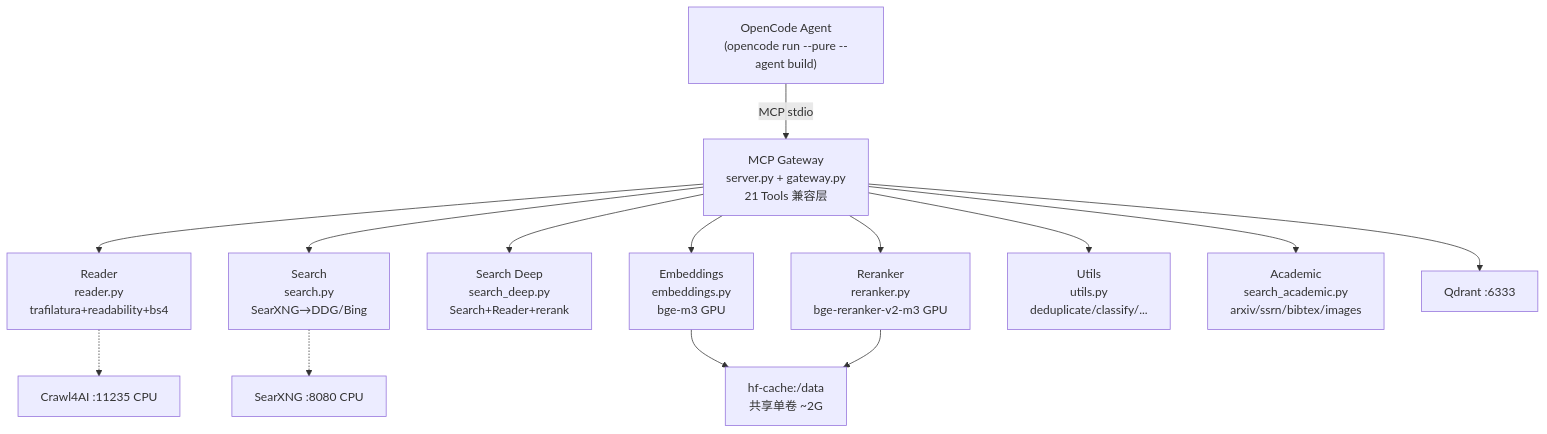
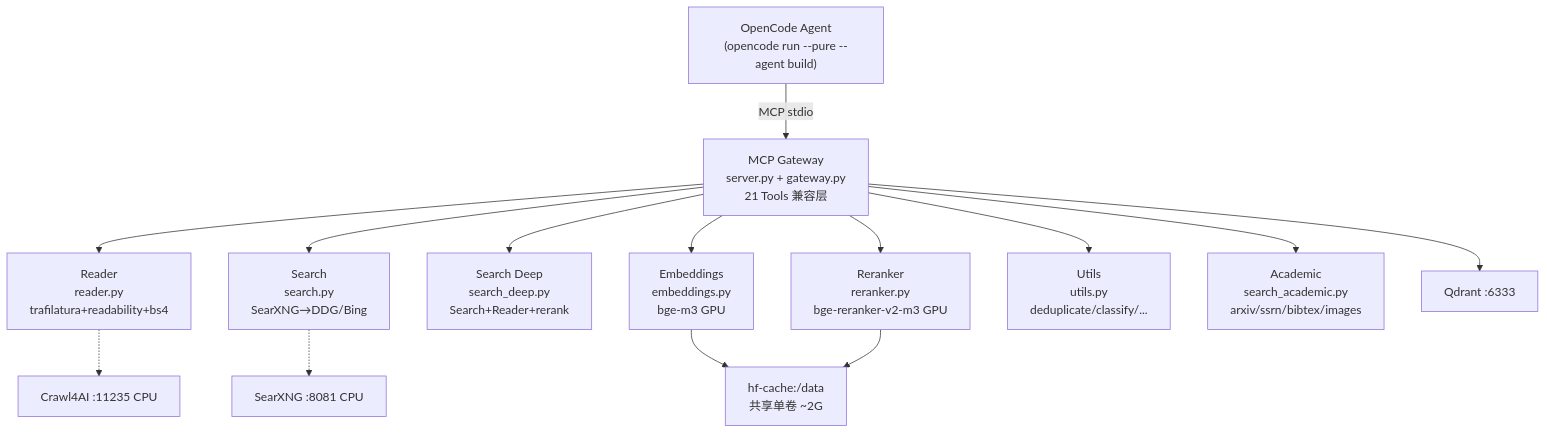
Before and after one commit to lorenzozanee/jina-local: the diagram in AGENTS.md, drawn with Mermaid. The commit also changed 19 other files, not shown here.

````diff
--- a/AGENTS.md
+++ b/AGENTS.md
@@ -69,15 +69,15 @@
 ```mermaid
 flowchart TB
     Agent["OpenCode Agent<br/>(opencode run --pure --agent build)"] -->|MCP stdio| Gateway["MCP Gateway<br/>server.py + gateway.py<br/>21 Tools 兼容层"]
     Gateway --> Reader["Reader<br/>reader.py<br/>trafilatura+readability+bs4"]
     Gateway --> Search["Search<br/>search.py<br/>SearXNG→DDG/Bing"]
     Gateway --> SearchDeep["Search Deep<br/>search_deep.py<br/>Search+Reader+rerank"]
     Gateway --> Embeddings["Embeddings<br/>embeddings.py<br/>bge-m3 GPU"]
     Gateway --> Reranker["Reranker<br/>reranker.py<br/>bge-reranker-v2-m3 GPU"]
     Gateway --> Utils["Utils<br/>utils.py<br/>deduplicate/classify/..."]
     Gateway --> Academic["Academic<br/>search_academic.py<br/>arxiv/ssrn/bibtex/images"]
     Embeddings & Reranker --> HF["hf-cache:/data<br/>共享单卷 ~2G"]
     Gateway --> Qdrant["Qdrant :6333"]
-    Search -.-> SearXNG["SearXNG :8080 CPU"]
+    Search -.-> SearXNG["SearXNG :8081 CPU"]
     Reader -.-> Crawl4AI["Crawl4AI :11235 CPU"]
 ```
````
